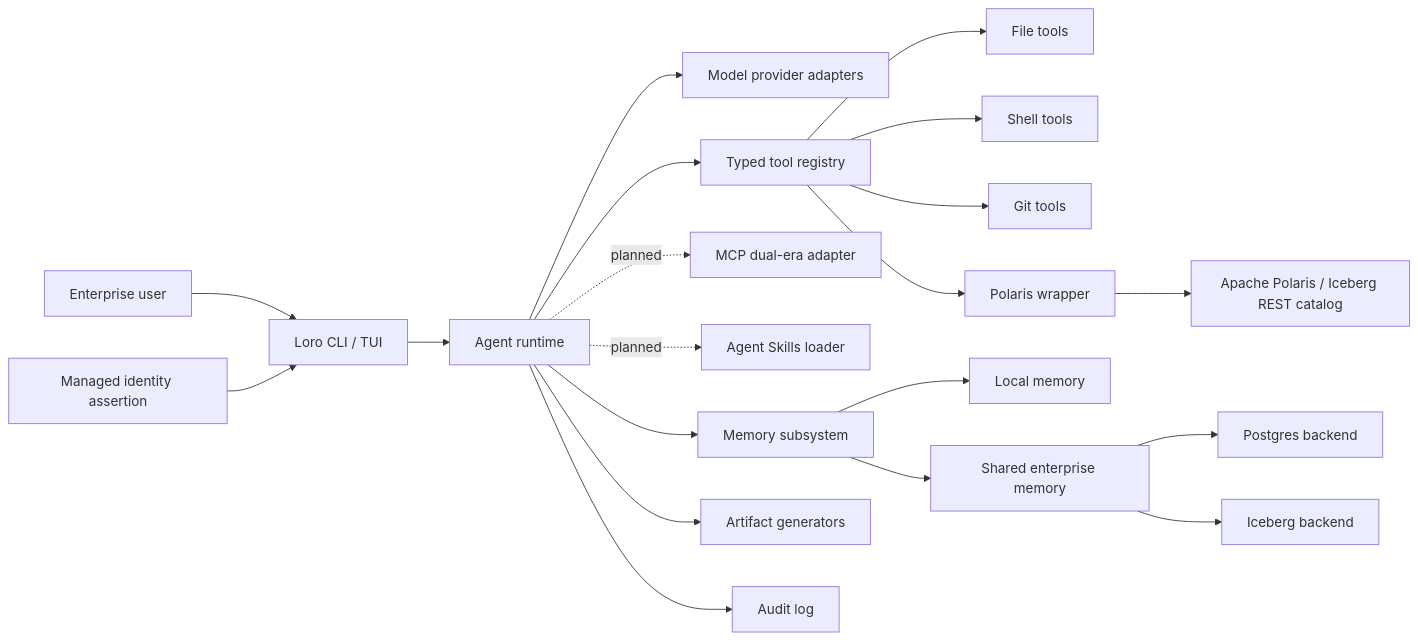
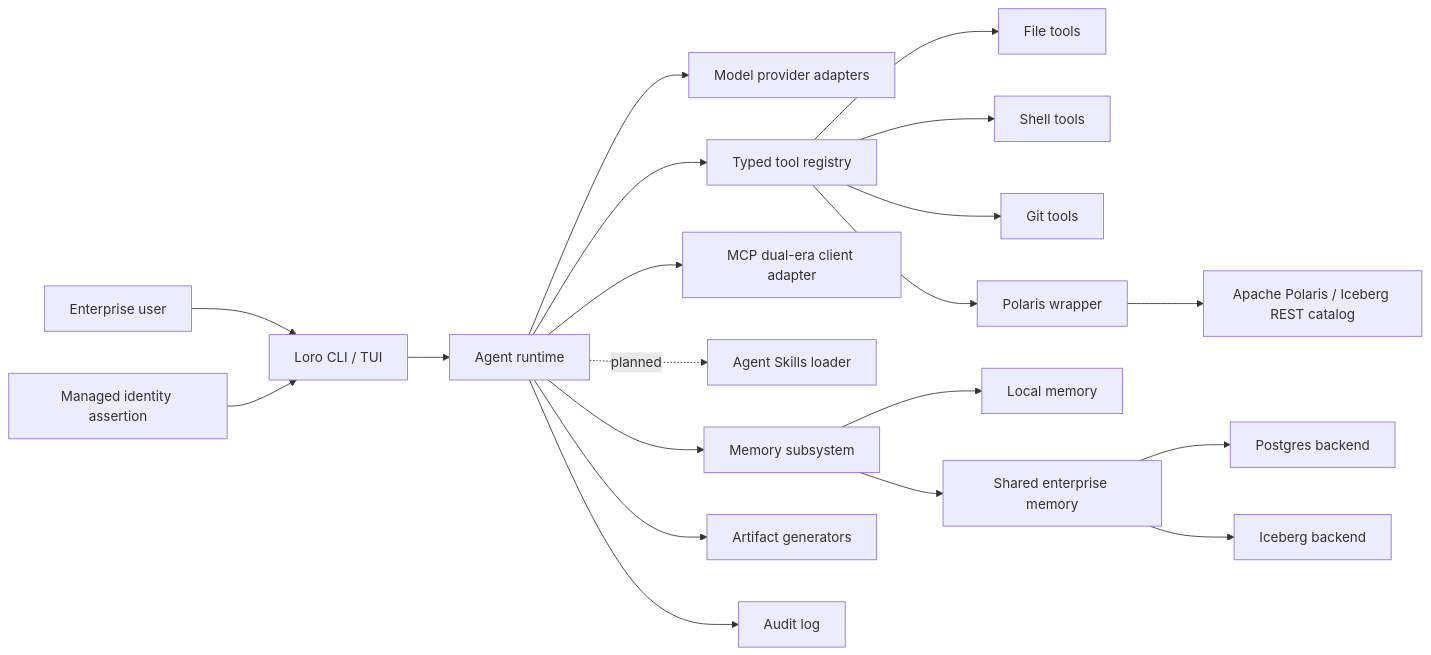
The diagram in ARCHITECTURE.md (alexmerced-oss/loro), drawn with Mermaid before and after one commit. The commit also changed other lines of this file and 30 other files, not shown here.

Commit message:
Implement dual-era MCP client foundation

````diff
--- a/ARCHITECTURE.md
+++ b/ARCHITECTURE.md
@@ -7,22 +7,22 @@
 ```mermaid
 flowchart LR
   User["Enterprise user"] --> CLI["Loro CLI / TUI"]
   Identity["Managed identity assertion"] --> CLI
   CLI --> Runtime["Agent runtime"]
   Runtime --> Models["Model provider adapters"]
   Runtime --> Tools["Typed tool registry"]
-  Runtime -. planned .-> MCP["MCP dual-era adapter"]
+  Runtime --> MCP["MCP dual-era client adapter"]
   Runtime -. planned .-> Skills["Agent Skills loader"]
   Runtime --> Memory["Memory subsystem"]
   Runtime --> Artifacts["Artifact generators"]
   Runtime --> Audit["Audit log"]
   Tools --> Files["File tools"]
   Tools --> Shell["Shell tools"]
   Tools --> Git["Git tools"]
   Tools --> Polaris["Polaris wrapper"]
   Memory --> Local["Local memory"]
   Memory --> Shared["Shared enterprise memory"]
   Shared --> Postgres["Postgres backend"]
   Shared --> Iceberg["Iceberg backend"]
   Polaris --> Catalog["Apache Polaris / Iceberg REST catalog"]
 ```
````
